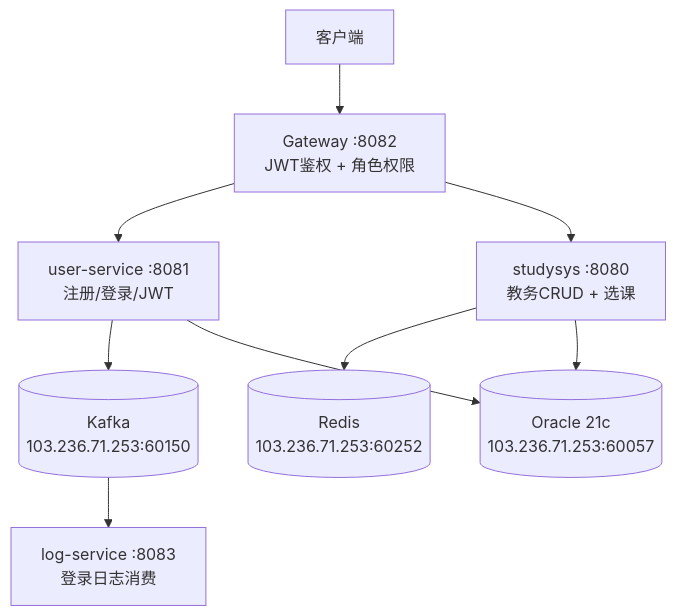
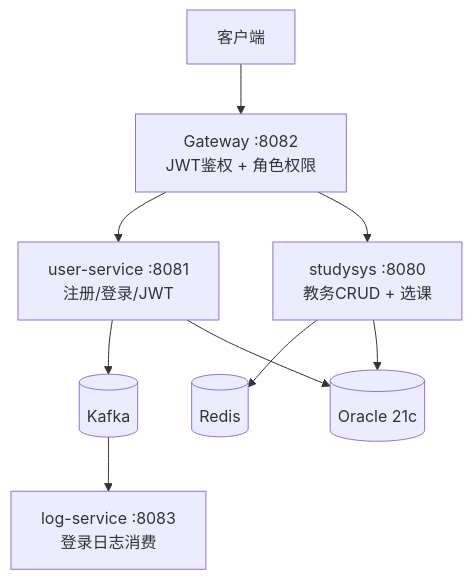
The diagram in README.md (fujikawamia615/springboot-studyservice), drawn with Mermaid before and after one commit.

````diff
--- a/README.md
+++ b/README.md
@@ -190,12 +190,12 @@
 ```mermaid
 graph TD
     Client[客户端] --> Gateway["Gateway :8082<br/>JWT鉴权 + 角色权限"]
     Gateway --> Auth["user-service :8081<br/>注册/登录/JWT"]
     Gateway --> Business["studysys :8080<br/>教务CRUD + 选课"]
     
-    Auth --> Kafka[("Kafka<br/>103.236.71.253:60150")]
-    Business --> Redis[("Redis<br/>103.236.71.253:60252")]
-    Business --> Oracle[("Oracle 21c<br/>103.236.71.253:60057")]
+    Auth --> Kafka[("Kafka")]
+    Business --> Redis[("Redis")]
+    Business --> Oracle[("Oracle 21c")]
     Auth --> Oracle
     Kafka --> Log["log-service :8083<br/>登录日志消费"]
 ```
````
